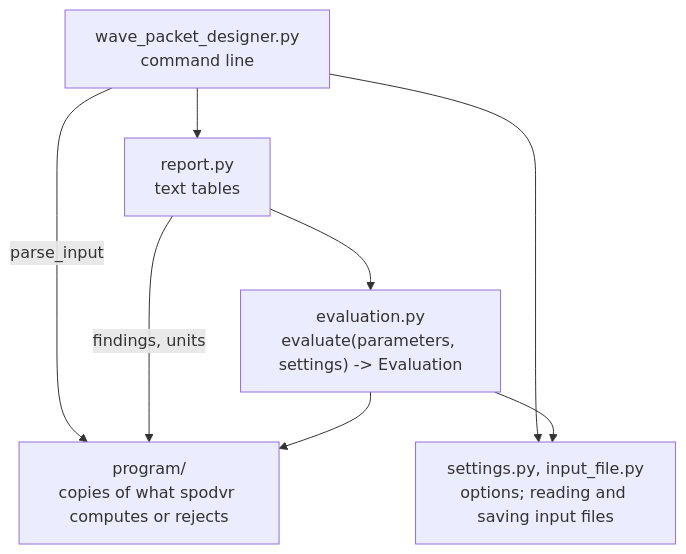
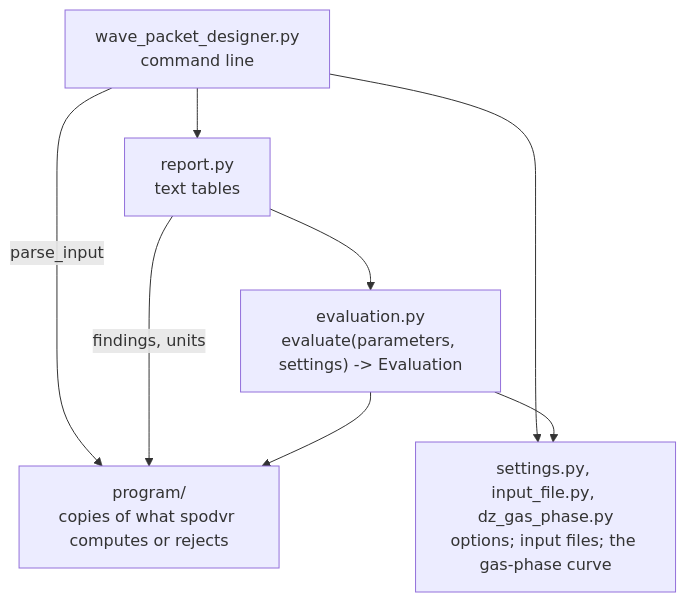
Before and after one commit to ewfsmeets/Cpp-SPO-DVR: the diagram in tools/wave_packet_designer/README.md, drawn with Mermaid. The commit also changed other lines of this file and 18 other files, not shown here.

````diff
--- a/tools/wave_packet_designer/README.md
+++ b/tools/wave_packet_designer/README.md
@@ -67,14 +83,14 @@
 ```mermaid
 flowchart TB
     cli["wave_packet_designer.py<br/>command line"]
     report["report.py<br/>text tables"]
     evaluation["evaluation.py<br/>evaluate(parameters, settings) -> Evaluation"]
     program["program/<br/>copies of what spodvr computes or rejects"]
-    data["settings.py, input_file.py<br/>options; reading and saving input files"]
+    data["settings.py, input_file.py, dz_gas_phase.py<br/>options; input files; the gas-phase curve"]
     cli --> report --> evaluation
     cli --> data
     cli -- "parse_input" --> program
     report -- "findings, units" --> program
     evaluation --> program
     evaluation --> data
 ```
````
